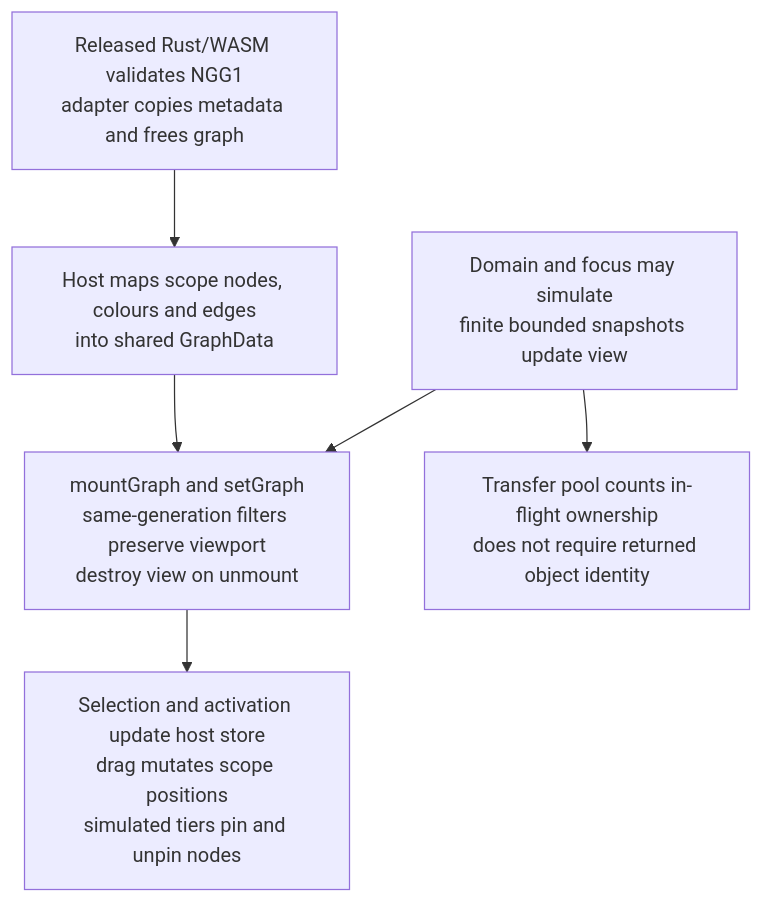
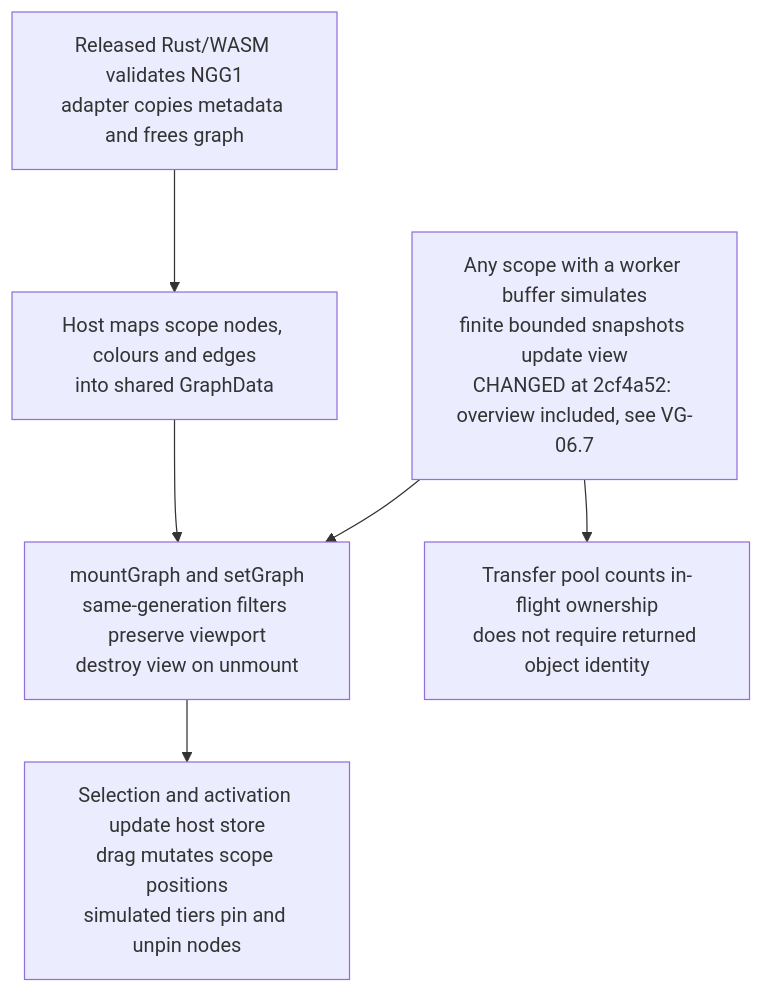
Before and after one commit to DreamLab-AI/VisionFlow: the second of 7 diagrams in docs/diagrams/visiongraph/06-shipping-explorer-duplication.md, drawn with Mermaid. The commit also changed other lines of this file and 11 other files, not shown here.

First line of the commit message:
docs(diagrams): visiongraph and knowledgegraph re-verified (explorer on vowl-wasm 0.4.0, knowledgeGraph explorer retired)

````diff
--- a/docs/diagrams/visiongraph/06-shipping-explorer-duplication.md
+++ b/docs/diagrams/visiongraph/06-shipping-explorer-duplication.md
@@ -69,20 +72,21 @@
 ```mermaid
 flowchart TB
     %% Source: ../visionGraph/publishing-tools/WasmVOWL/modern/src/lib/nggGraph.ts:7
     %% Source: ../visionGraph/publishing-tools/WasmVOWL/modern/src/lib/nggGraph.ts:49
     %% Source: ../visionGraph/publishing-tools/WasmVOWL/modern/src/lib/nggGraph.ts:94
     A["Released Rust/WASM validates NGG1<br/>adapter copies metadata and frees graph"]
-    %% Source: ../visionGraph/publishing-tools/WasmVOWL/modern/src/components/Canvas/GraphCanvas.tsx:52
+    %% Source: ../visionGraph/publishing-tools/WasmVOWL/modern/src/components/Canvas/GraphCanvas.tsx:55
     A --> B["Host maps scope nodes, colours and edges<br/>into shared GraphData"]
-    %% Source: ../visionGraph/publishing-tools/WasmVOWL/modern/src/components/Canvas/GraphCanvas.tsx:121
-    %% Source: ../visionGraph/publishing-tools/WasmVOWL/modern/src/components/Canvas/GraphCanvas.tsx:126
+    %% Source: ../visionGraph/publishing-tools/WasmVOWL/modern/src/components/Canvas/GraphCanvas.tsx:124
+    %% Source: ../visionGraph/publishing-tools/WasmVOWL/modern/src/components/Canvas/GraphCanvas.tsx:139
+    %% Source: ../visionGraph/publishing-tools/WasmVOWL/modern/src/components/Canvas/GraphCanvas.tsx:134
     B --> C["mountGraph and setGraph<br/>same-generation filters preserve viewport<br/>destroy view on unmount"]
-    %% Source: ../visionGraph/publishing-tools/WasmVOWL/modern/src/components/Canvas/GraphCanvas.tsx:103
-    %% Source: ../visionGraph/publishing-tools/WasmVOWL/modern/src/components/Canvas/GraphCanvas.tsx:116
+    %% Source: ../visionGraph/publishing-tools/WasmVOWL/modern/src/components/Canvas/GraphCanvas.tsx:106
+    %% Source: ../visionGraph/publishing-tools/WasmVOWL/modern/src/components/Canvas/GraphCanvas.tsx:119-121
     C --> D["Selection and activation update host store<br/>drag mutates scope positions<br/>simulated tiers pin and unpin nodes"]
-    %% Source: ../visionGraph/publishing-tools/WasmVOWL/modern/src/components/Canvas/GraphCanvas.tsx:44
-    %% Source: ../visionGraph/publishing-tools/WasmVOWL/modern/src/components/Canvas/GraphCanvas.tsx:148
-    E["Domain and focus may simulate<br/>finite bounded snapshots update view"] --> C
+    %% Source: ../visionGraph/publishing-tools/WasmVOWL/modern/src/components/Canvas/GraphCanvas.tsx:47
+    %% Source: ../visionGraph/publishing-tools/WasmVOWL/modern/src/components/Canvas/GraphCanvas.tsx:161
+    E["Any scope with a worker buffer simulates<br/>finite bounded snapshots update view<br/>CHANGED at 2cf4a52: overview included, see VG-06.7"] --> C
     %% Source: ../visionGraph/publishing-tools/WasmVOWL/modern/src/workers/positionTransport.ts:82
     E --> F["Transfer pool counts in-flight ownership<br/>does not require returned object identity"]
 ```
````
